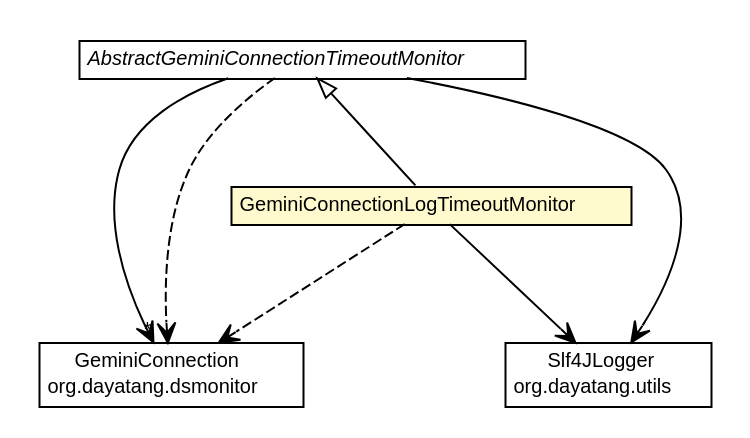
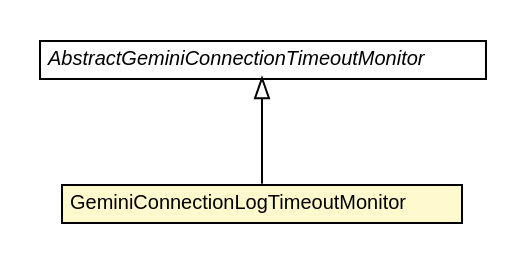
The diagram in dddlib-datasource-monitor/apidocs/org/dayatang/dsmonitor/monitor/GeminiConnectionLogTimeoutMonitor.dot (dayatang/dddlib), drawn with Graphviz before and after one commit. The commit also changed 154 other files, not shown here.

```diff
--- a/dddlib-datasource-monitor/apidocs/org/dayatang/dsmonitor/monitor/GeminiConnectionLogTimeoutMonitor.dot
+++ b/dddlib-datasource-monitor/apidocs/org/dayatang/dsmonitor/monitor/GeminiConnectionLogTimeoutMonitor.dot
@@ -1,50 +1,26 @@
 #!/usr/local/bin/dot
 #
 # Class diagram 
 # Generated by UMLGraph version R5_6_6-8-g8d7759 (http://www.umlgraph.org/)
 #
 
 digraph G {
 	edge [fontname="Helvetica",fontsize=10,labelfontname="Helvetica",labelfontsize=10];
 	node [fontname="Helvetica",fontsize=10,shape=plaintext];
 	nodesep=0.25;
 	ranksep=0.5;
-	// org.dayatang.dsmonitor.GeminiConnection
-	c86 [label=<<table title="org.dayatang.dsmonitor.GeminiConnection" border="0" cellborder="1" cellspacing="0" cellpadding="2" port="p" href="../GeminiConnection.html">
-		<tr><td><table border="0" cellspacing="0" cellpadding="1">
-<tr><td align="center" balign="center"> GeminiConnection </td></tr>
-<tr><td align="center" balign="center"> org.dayatang.dsmonitor </td></tr>
-		</table></td></tr>
-		</table>>, URL="../GeminiConnection.html", fontname="Helvetica", fontcolor="black", fontsize=10.0];
 	// org.dayatang.dsmonitor.monitor.GeminiConnectionLogTimeoutMonitor
-	c90 [label=<<table title="org.dayatang.dsmonitor.monitor.GeminiConnectionLogTimeoutMonitor" border="0" cellborder="1" cellspacing="0" cellpadding="2" port="p" bgcolor="lemonChiffon" href="./GeminiConnectionLogTimeoutMonitor.html">
+	c68 [label=<<table title="org.dayatang.dsmonitor.monitor.GeminiConnectionLogTimeoutMonitor" border="0" cellborder="1" cellspacing="0" cellpadding="2" port="p" bgcolor="lemonChiffon" href="./GeminiConnectionLogTimeoutMonitor.html">
 		<tr><td><table border="0" cellspacing="0" cellpadding="1">
 <tr><td align="center" balign="center"> GeminiConnectionLogTimeoutMonitor </td></tr>
 		</table></td></tr>
 		</table>>, URL="./GeminiConnectionLogTimeoutMonitor.html", fontname="Helvetica", fontcolor="black", fontsize=10.0];
 	// org.dayatang.dsmonitor.monitor.AbstractGeminiConnectionTimeoutMonitor
-	c91 [label=<<table title="org.dayatang.dsmonitor.monitor.AbstractGeminiConnectionTimeoutMonitor" border="0" cellborder="1" cellspacing="0" cellpadding="2" port="p" href="./AbstractGeminiConnectionTimeoutMonitor.html">
+	c69 [label=<<table title="org.dayatang.dsmonitor.monitor.AbstractGeminiConnectionTimeoutMonitor" border="0" cellborder="1" cellspacing="0" cellpadding="2" port="p" href="./AbstractGeminiConnectionTimeoutMonitor.html">
 		<tr><td><table border="0" cellspacing="0" cellpadding="1">
 <tr><td align="center" balign="center"><font face="Helvetica-Oblique"> AbstractGeminiConnectionTimeoutMonitor </font></td></tr>
 		</table></td></tr>
 		</table>>, URL="./AbstractGeminiConnectionTimeoutMonitor.html", fontname="Helvetica", fontcolor="black", fontsize=10.0];
 	//org.dayatang.dsmonitor.monitor.GeminiConnectionLogTimeoutMonitor extends org.dayatang.dsmonitor.monitor.AbstractGeminiConnectionTimeoutMonitor
-	c91:p -> c90:p [dir=back,arrowtail=empty];
-	// org.dayatang.dsmonitor.monitor.GeminiConnectionLogTimeoutMonitor NAVASSOC org.dayatang.utils.Slf4JLogger
-	c90:p -> c92:p [taillabel="", label=" "headlabel="", fontname="Helvetica", fontcolor="black", fontsize=10.0, color="black", arrowhead=open];
-	// org.dayatang.dsmonitor.monitor.AbstractGeminiConnectionTimeoutMonitor NAVASSOC org.dayatang.utils.Slf4JLogger
-	c91:p -> c92:p [taillabel="", label=" "headlabel="", fontname="Helvetica", fontcolor="black", fontsize=10.0, color="black", arrowhead=open];
-	// org.dayatang.dsmonitor.monitor.AbstractGeminiConnectionTimeoutMonitor NAVASSOC org.dayatang.dsmonitor.GeminiConnection
-	c91:p -> c86:p [taillabel="", label=" "headlabel="*", fontname="Helvetica", fontcolor="black", fontsize=10.0, color="black", arrowhead=open];
-	// org.dayatang.dsmonitor.monitor.GeminiConnectionLogTimeoutMonitor DEPEND org.dayatang.dsmonitor.GeminiConnection
-	c90:p -> c86:p [taillabel="", label=" "headlabel="", fontname="Helvetica", fontcolor="black", fontsize=10.0, color="black", arrowhead=open, style=dashed];
-	// org.dayatang.dsmonitor.monitor.AbstractGeminiConnectionTimeoutMonitor DEPEND org.dayatang.dsmonitor.GeminiConnection
-	c91:p -> c86:p [taillabel="", label=" "headlabel="", fontname="Helvetica", fontcolor="black", fontsize=10.0, color="black", arrowhead=open, style=dashed];
-	// org.dayatang.utils.Slf4JLogger
-	c92 [label=<<table title="org.dayatang.utils.Slf4JLogger" border="0" cellborder="1" cellspacing="0" cellpadding="2" port="p" href="http://java.sun.com/j2se/1.4.2/docs/api/org/dayatang/utils/Slf4JLogger.html">
-		<tr><td><table border="0" cellspacing="0" cellpadding="1">
-<tr><td align="center" balign="center"> Slf4JLogger </td></tr>
-<tr><td align="center" balign="center"> org.dayatang.utils </td></tr>
-		</table></td></tr>
-		</table>>, URL="http://java.sun.com/j2se/1.4.2/docs/api/org/dayatang/utils/Slf4JLogger.html", fontname="Helvetica", fontcolor="black", fontsize=10.0];
+	c69:p -> c68:p [dir=back,arrowtail=empty];
 }
```
